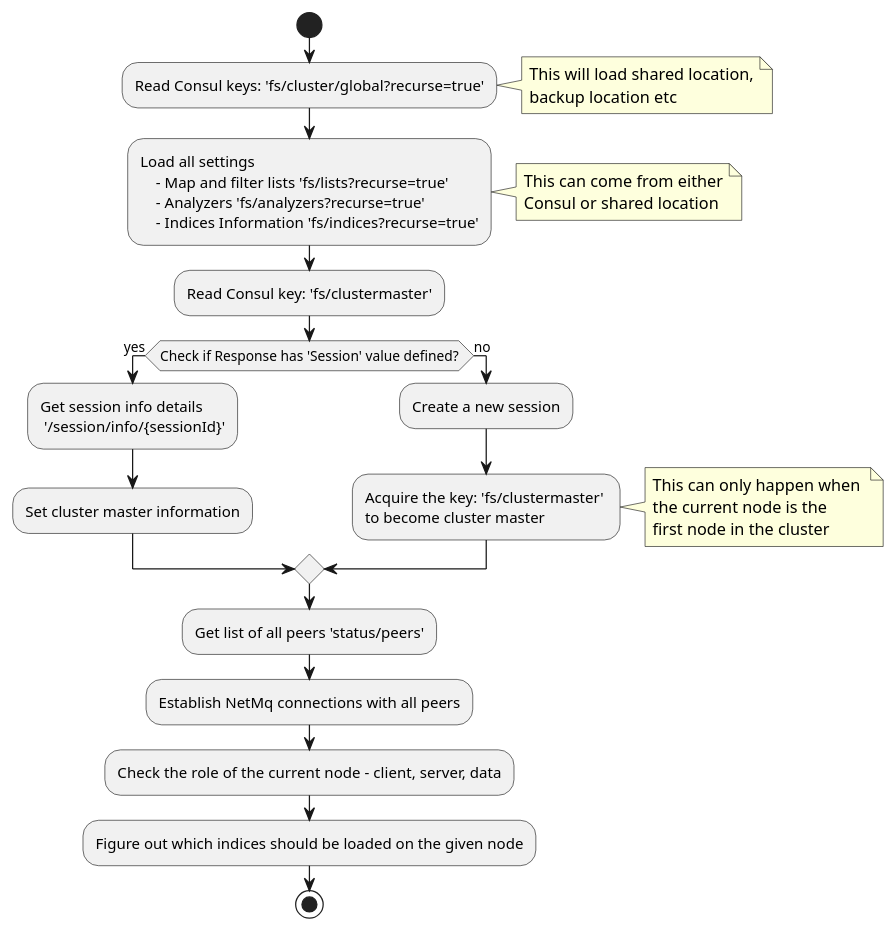
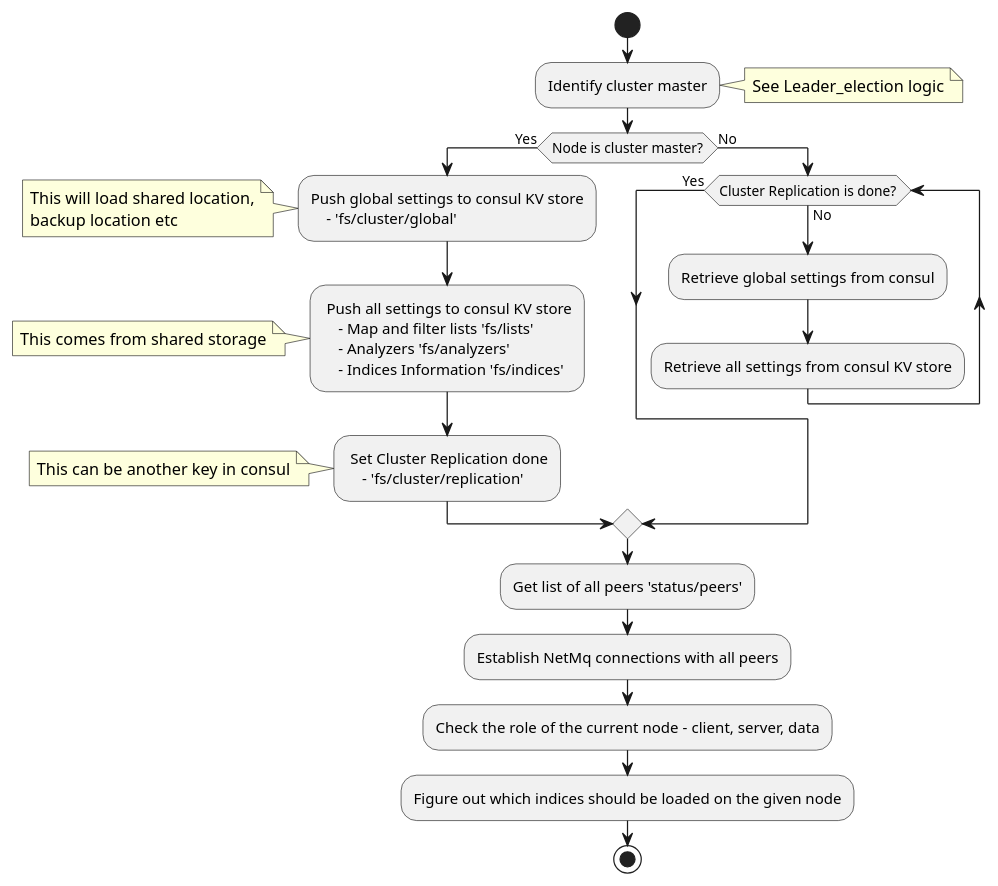
Before and after one commit to FlexSearch/Architecture: the diagram in diagrams/Node_start_logic.puml, drawn with PlantUML. The commit also changed 2 other files, not shown here.

Commit message:
Consolidate Node start logic

```diff
--- a/diagrams/Node_start_logic.puml
+++ b/diagrams/Node_start_logic.puml
@@ -3,35 +3,40 @@
 @startuml
-start
+start 
 
-:Read Consul keys: 'fs/cluster/global?recurse=true';
+:Identify cluster master;
     note right
-        This will load shared location,
-        backup location etc
+        See Leader_election logic
     end note
-:Load all settings
-    - Map and filter lists 'fs/lists?recurse=true'
-    - Analyzers 'fs/analyzers?recurse=true'
-    - Indices Information 'fs/indices?recurse=true';
-    note right
-        This can come from either
-        Consul or shared location
-    end note
-:Read Consul key: 'fs/clustermaster';
-if (Check if Response has 'Session' value defined?) then (yes)
-    :Get session info details \n '/session/info/{sessionId}';
-    :Set cluster master information;
-else (no)
-    :Create a new session;
-    :Acquire the key: 'fs/clustermaster' \nto become cluster master;
-    note right
-        This can only happen when 
-        the current node is the 
-        first node in the cluster
-    end note
+if (Node is cluster master?) then (Yes)
+    :Push global settings to consul KV store
+        - 'fs/cluster/global';
+        note left
+            This will load shared location,
+            backup location etc
+        end note
+    : Push all settings to consul KV store
+        - Map and filter lists 'fs/lists'
+        - Analyzers 'fs/analyzers'
+        - Indices Information 'fs/indices';
+        note left
+            This comes from shared storage
+        end note
+    : Set Cluster Replication done
+        - 'fs/cluster/replication';
+        note left
+            This can be another key in consul
+        end note
+else (No)
+    while (Cluster Replication is done?) is (No)
+        :Retrieve global settings from consul;
+        :Retrieve all settings from consul KV store;
+    endwhile (Yes)
 endif
+
+
 :Get list of all peers 'status/peers';
 :Establish NetMq connections with all peers;
 :Check the role of the current node - client, server, data;
 :Figure out which indices should be loaded on the given node;
 stop
 @enduml
```
